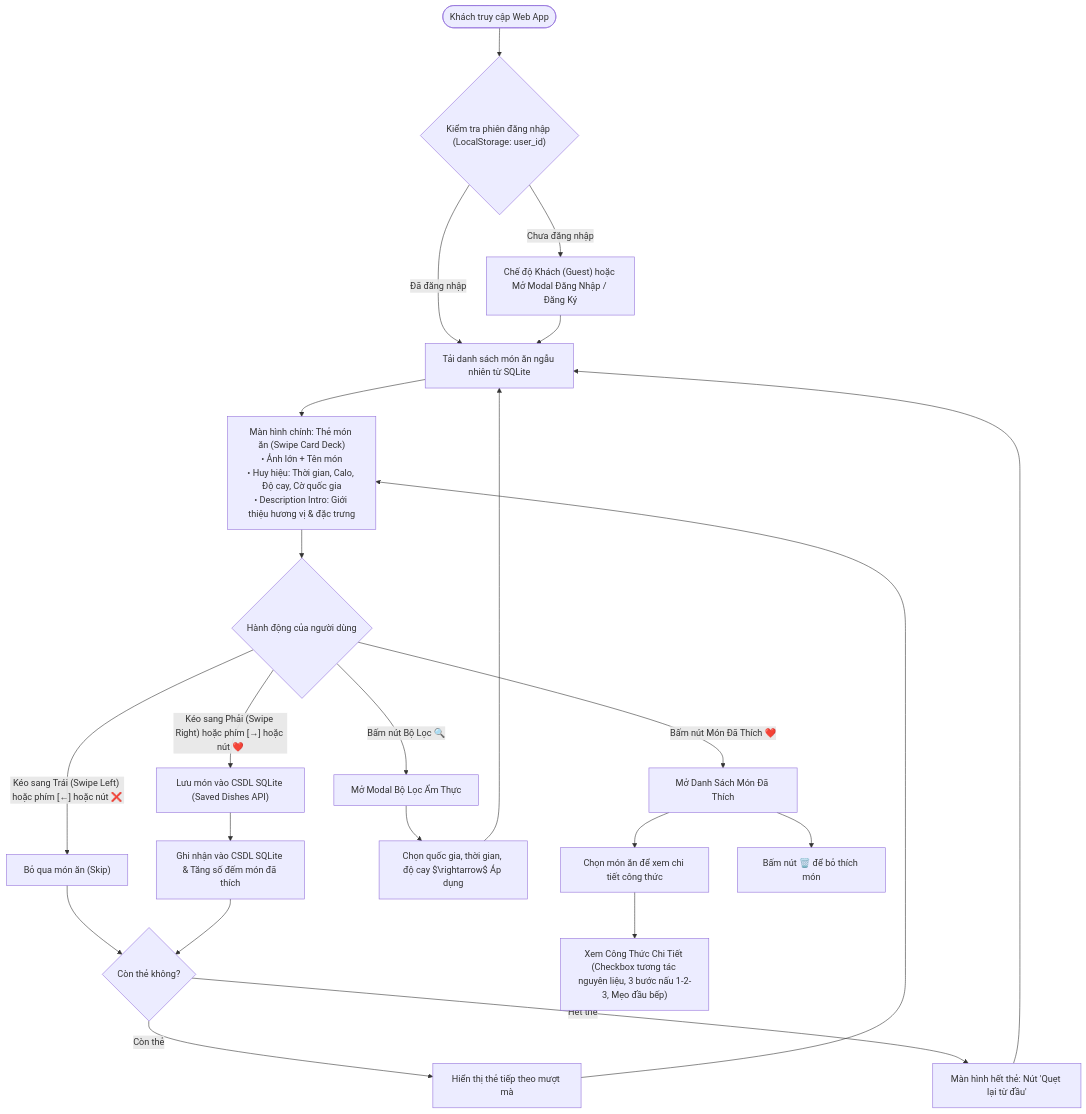
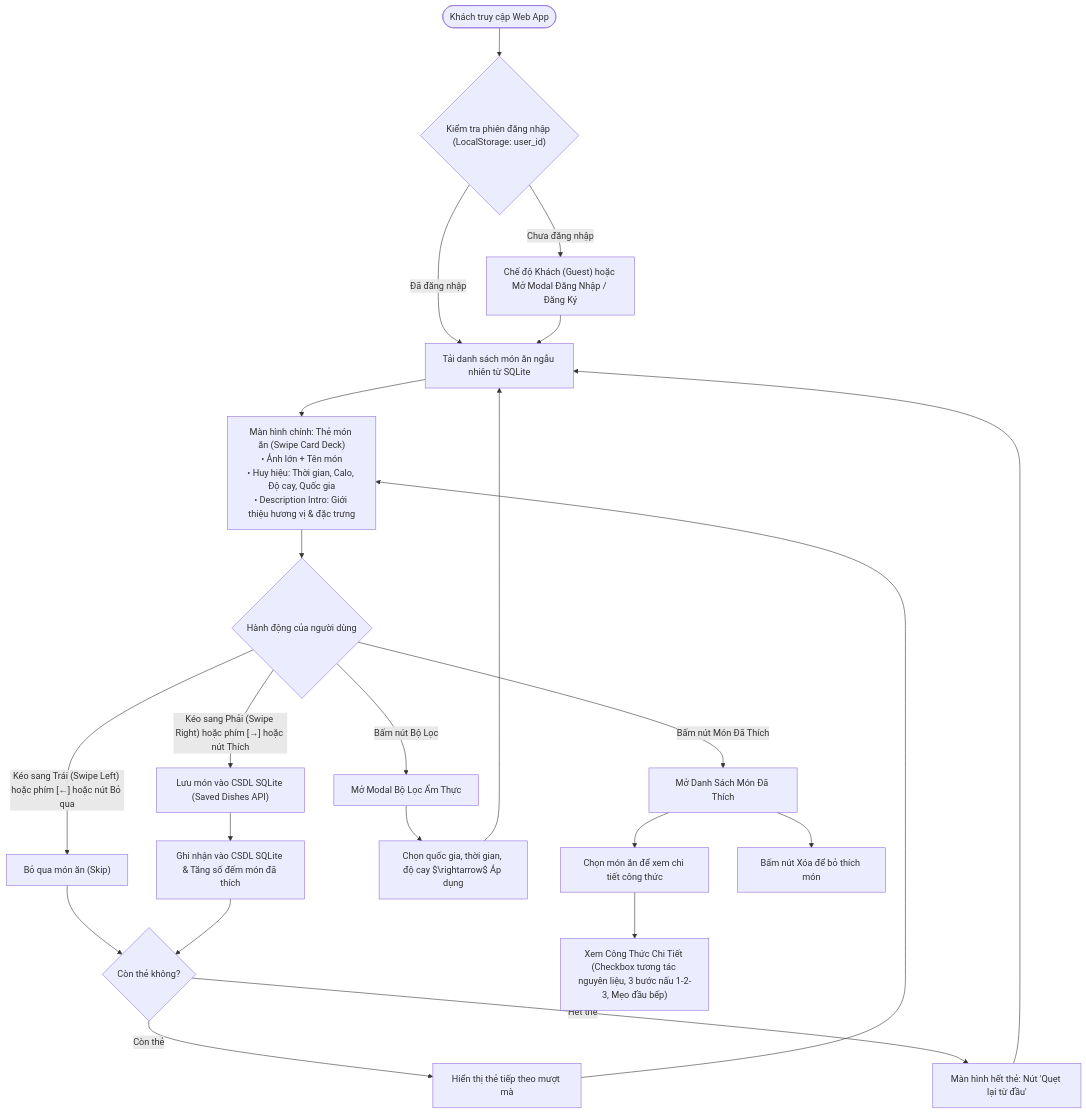
One commit to snowwminhduc1212/YumYumPick changed the first of 3 diagrams in docs/03_USER_FLOW_AND_UIUX_SPEC.md. Above: the diagram before and after it, drawn with Mermaid. The commit also changed other lines of this file and 11 other files, not shown here.

````diff
--- a/docs/03_USER_FLOW_AND_UIUX_SPEC.md
+++ b/docs/03_USER_FLOW_AND_UIUX_SPEC.md
@@ -9,33 +9,33 @@
 ```mermaid
 flowchart TD
     Start(["Khách truy cập Web App"]) --> CheckAuth{"Kiểm tra phiên đăng nhập (LocalStorage: user_id)"}
     
     CheckAuth -- "Chưa đăng nhập" --> GuestMode["Chế độ Khách (Guest) hoặc Mở Modal Đăng Nhập / Đăng Ký"]
     CheckAuth -- "Đã đăng nhập" --> LoadCards["Tải danh sách món ăn ngẫu nhiên từ SQLite"]
     GuestMode --> LoadCards
     
-    LoadCards --> MainScreen["Màn hình chính: Thẻ món ăn (Swipe Card Deck)\n• Ảnh lớn + Tên món\n• Huy hiệu: Thời gian, Calo, Độ cay, Cờ quốc gia\n• Description Intro: Giới thiệu hương vị & đặc trưng"]
+    LoadCards --> MainScreen["Màn hình chính: Thẻ món ăn (Swipe Card Deck)\n• Ảnh lớn + Tên món\n• Huy hiệu: Thời gian, Calo, Độ cay, Quốc gia\n• Description Intro: Giới thiệu hương vị & đặc trưng"]
     
     MainScreen --> Decision{"Hành động của người dùng"}
     
-    Decision -- "Kéo sang Trái (Swipe Left) hoặc phím [←] hoặc nút ❌" --> SkipDish["Bỏ qua món ăn (Skip)"]
+    Decision -- "Kéo sang Trái (Swipe Left) hoặc phím [←] hoặc nút Bỏ qua" --> SkipDish["Bỏ qua món ăn (Skip)"]
     SkipDish --> CheckMore{"Còn thẻ không?"}
     
-    Decision -- "Kéo sang Phải (Swipe Right) hoặc phím [→] hoặc nút ❤️" --> PickDish["Lưu món vào CSDL SQLite (Saved Dishes API)"]
+    Decision -- "Kéo sang Phải (Swipe Right) hoặc phím [→] hoặc nút Thích" --> PickDish["Lưu món vào CSDL SQLite (Saved Dishes API)"]
     PickDish --> ShowToast["Ghi nhận vào CSDL SQLite & Tăng số đếm món đã thích"]
     ShowToast --> CheckMore
     
-    Decision -- "Bấm nút Bộ Lọc 🔍" --> OpenFilter["Mở Modal Bộ Lọc Ẩm Thực"]
+    Decision -- "Bấm nút Bộ Lọc" --> OpenFilter["Mở Modal Bộ Lọc Ẩm Thực"]
     OpenFilter --> ApplyFilter["Chọn quốc gia, thời gian, độ cay $\rightarrow$ Áp dụng"]
     ApplyFilter --> LoadCards
     
-    Decision -- "Bấm nút Món Đã Thích ❤️" --> SavedScreen["Mở Danh Sách Món Đã Thích"]
+    Decision -- "Bấm nút Món Đã Thích" --> SavedScreen["Mở Danh Sách Món Đã Thích"]
     SavedScreen --> SelectSaved["Chọn món ăn để xem chi tiết công thức"]
-    SavedScreen --> DeleteSaved["Bấm nút 🗑️ để bỏ thích món"]
+    SavedScreen --> DeleteSaved["Bấm nút Xóa để bỏ thích món"]
     SelectSaved --> FullRecipeModal["Xem Công Thức Chi Tiết (Checkbox tương tác nguyên liệu, 3 bước nấu 1-2-3, Mẹo đầu bếp)"]
     
     CheckMore -- "Còn thẻ" --> NextCard["Hiển thị thẻ tiếp theo mượt mà"]
     NextCard --> MainScreen
     CheckMore -- "Hết thẻ" --> EmptyState["Màn hình hết thẻ: Nút 'Quẹt lại từ đầu'"]
     EmptyState --> LoadCards
 ```
````
